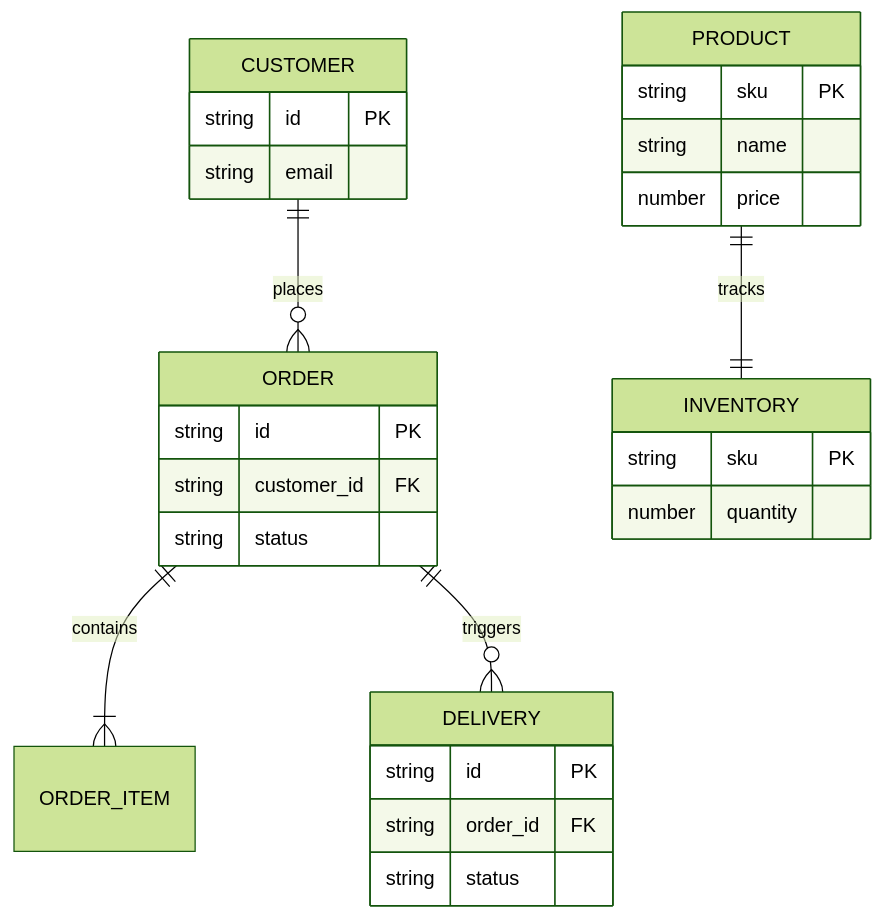
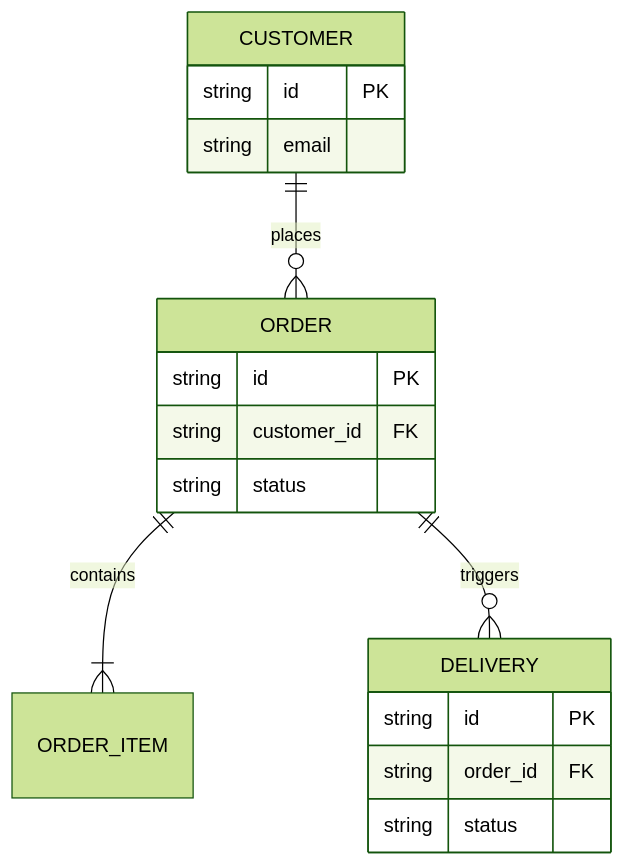
The first of 3 diagrams in documentation/oms-specification.md (antonioreuter/aws-ecommerce-service), drawn with Mermaid (forest theme) before and after one commit. The commit also changed other lines of this file and 1 other file, not shown here.

Commit message:
feat: add IMS ERD and `ProcessedEventsTable` specification, and refine SQS queue definitions across IMS and OMS documentation.

````diff
--- a/documentation/oms-specification.md
+++ b/documentation/oms-specification.md
@@ -14,35 +14,21 @@
 ```mermaid
 erDiagram
-    %% OMS Context
     CUSTOMER ||--o{ ORDER : places
     ORDER ||--|{ ORDER_ITEM : contains
     ORDER ||--o{ DELIVERY : triggers
 
     CUSTOMER {
         string id PK
         string email
     }
     ORDER {
         string id PK
         string customer_id FK
         string status
     }
     DELIVERY {
         string id PK
         string order_id FK
         string status
     }
-
-    %% IMS Context
-    PRODUCT ||--|| INVENTORY : tracks
-
-    PRODUCT {
-        string sku PK
-        string name
-        number price
-    }
-    INVENTORY {
-        string sku PK
-        number quantity
-    }
 ```
````
